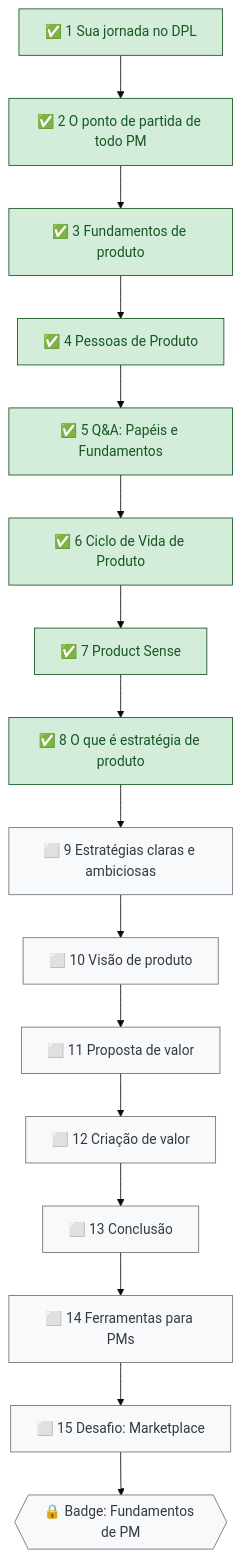
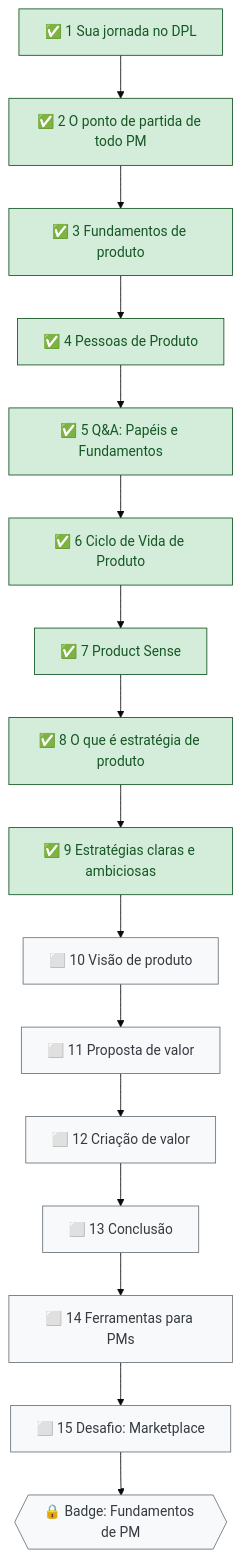
One commit to letsprown-code/po-learning-journal changed the second of 2 diagrams in mapa-de-estudos.md. Above: the diagram before and after it, drawn with Mermaid (base theme). The commit also changed other lines of this file and 8 other files, not shown here.

First line of the commit message:
DPL 01: aula 9 (Desenvolvendo estratégias claras e ambiciosas) com Canvas C>P>E>M e 1-pager

```diff
--- a/mapa-de-estudos.md
+++ b/mapa-de-estudos.md
@@ -42,13 +42,13 @@
 ~~~mermaid
 flowchart TD
     L1["✅ 1 Sua jornada no DPL"] --> L2["✅ 2 O ponto de partida de todo PM"] --> L3["✅ 3 Fundamentos de produto"]
     L3 --> L4["✅ 4 Pessoas de Produto"] --> L5["✅ 5 Q&A: Papéis e Fundamentos"] --> L6["✅ 6 Ciclo de Vida de Produto"]
-    L6 --> L7["✅ 7 Product Sense"] --> L8["✅ 8 O que é estratégia de produto"] --> L9["⬜ 9 Estratégias claras e ambiciosas"]
+    L6 --> L7["✅ 7 Product Sense"] --> L8["✅ 8 O que é estratégia de produto"] --> L9["✅ 9 Estratégias claras e ambiciosas"]
     L9 --> L10["⬜ 10 Visão de produto"] --> L11["⬜ 11 Proposta de valor"] --> L12["⬜ 12 Criação de valor"]
     L12 --> L13["⬜ 13 Conclusão"] --> L14["⬜ 14 Ferramentas para PMs"] --> L15["⬜ 15 Desafio: Marketplace"]
     L15 --> B{{"🔒 Badge: Fundamentos de PM"}}
     classDef done fill:#d4edda,stroke:#155724,color:#155724
     classDef todo fill:#f8f9fa,stroke:#6c757d,color:#343a40
-    class L1,L2,L3,L4,L5,L6,L7,L8 done
-    class L9,L10,L11,L12,L13,L14,L15,B todo
+    class L1,L2,L3,L4,L5,L6,L7,L8,L9 done
+    class L10,L11,L12,L13,L14,L15,B todo
 ~~~
```
